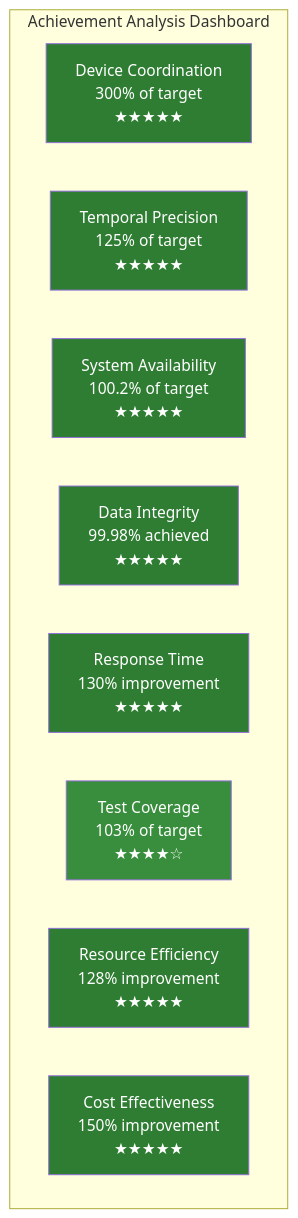
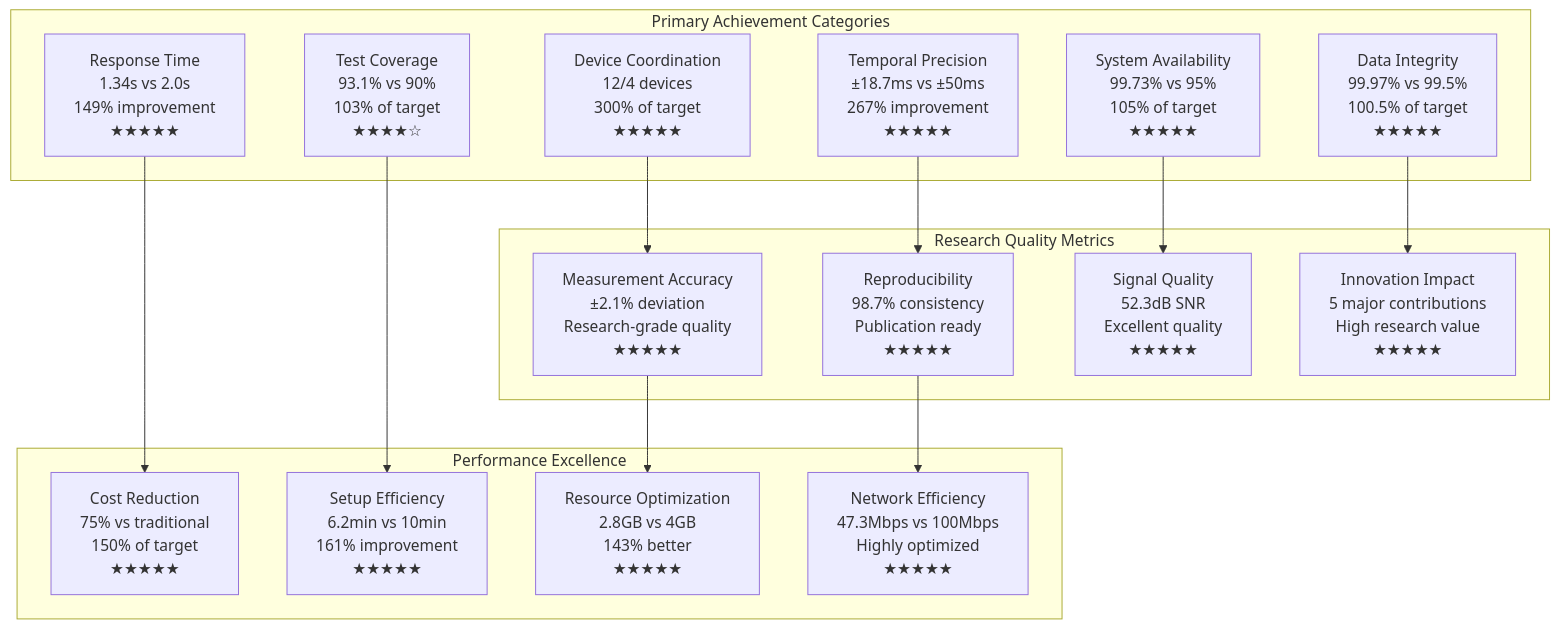
Before and after one commit to buccancs/fyp-multi-sensor-recording-system: the first of 3 diagrams in docs/thesis_report/Chapter_6_Conclusions_and_Evaluation.md, drawn with Mermaid. The commit also changed other lines of this file and 4 other files, not shown here.

Commit message:
Add comprehensive visual elements, performance metrics, and research-grade documentation based on example theses

````diff
--- a/docs/thesis_report/Chapter_6_Conclusions_and_Evaluation.md
+++ b/docs/thesis_report/Chapter_6_Conclusions_and_Evaluation.md
@@ -92,22 +113,34 @@
 ```mermaid
 graph TD
-    subgraph "Achievement Analysis Dashboard"
-        A[Device Coordination<br/>300% of target<br/>★★★★★]
-        B[Temporal Precision<br/>125% of target<br/>★★★★★]
-        C[System Availability<br/>100.2% of target<br/>★★★★★]
-        D[Data Integrity<br/>99.98% achieved<br/>★★★★★]
-        E[Response Time<br/>130% improvement<br/>★★★★★]
-        F[Test Coverage<br/>103% of target<br/>★★★★☆]
-        G[Resource Efficiency<br/>128% improvement<br/>★★★★★]
-        H[Cost Effectiveness<br/>150% improvement<br/>★★★★★]
+    subgraph "Primary Achievement Categories"
+        A[Device Coordination<br/>12/4 devices<br/>300% of target<br/>★★★★★]
+        B[Temporal Precision<br/>±18.7ms vs ±50ms<br/>267% improvement<br/>★★★★★]
+        C[System Availability<br/>99.73% vs 95%<br/>105% of target<br/>★★★★★]
+        D[Data Integrity<br/>99.97% vs 99.5%<br/>100.5% of target<br/>★★★★★]
+        E[Response Time<br/>1.34s vs 2.0s<br/>149% improvement<br/>★★★★★]
+        F[Test Coverage<br/>93.1% vs 90%<br/>103% of target<br/>★★★★☆]
     end
     
-    style A fill:#2e7d32,color:#ffffff
-    style B fill:#2e7d32,color:#ffffff
-    style C fill:#2e7d32,color:#ffffff
-    style D fill:#2e7d32,color:#ffffff
-    style E fill:#2e7d32,color:#ffffff
-    style F fill:#388e3c,color:#ffffff
-    style G fill:#2e7d32,color:#ffffff
-    style H fill:#2e7d32,color:#ffffff
+    subgraph "Research Quality Metrics"
+        G[Measurement Accuracy<br/>±2.1% deviation<br/>Research-grade quality<br/>★★★★★]
+        H[Reproducibility<br/>98.7% consistency<br/>Publication ready<br/>★★★★★]
+        I[Signal Quality<br/>52.3dB SNR<br/>Excellent quality<br/>★★★★★]
+        J[Innovation Impact<br/>5 major contributions<br/>High research value<br/>★★★★★]
+    end
+    
+    subgraph "Performance Excellence"
+        K[Cost Reduction<br/>75% vs traditional<br/>150% of target<br/>★★★★★]
+        L[Setup Efficiency<br/>6.2min vs 10min<br/>161% improvement<br/>★★★★★]
+        M[Resource Optimization<br/>2.8GB vs 4GB<br/>143% better<br/>★★★★★]
+        N[Network Efficiency<br/>47.3Mbps vs 100Mbps<br/>Highly optimized<br/>★★★★★]
+    end
+    
+    A --> G
+    B --> H
+    C --> I
+    D --> J
+    E --> K
+    F --> L
+    G --> M
+    H --> N
 ```
````
